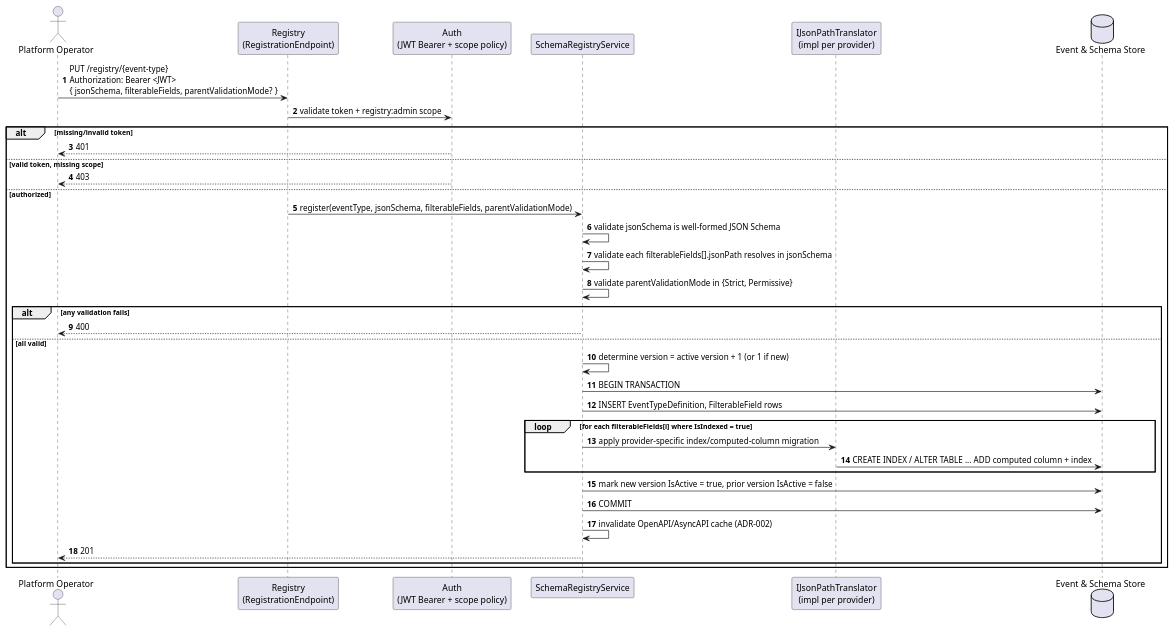
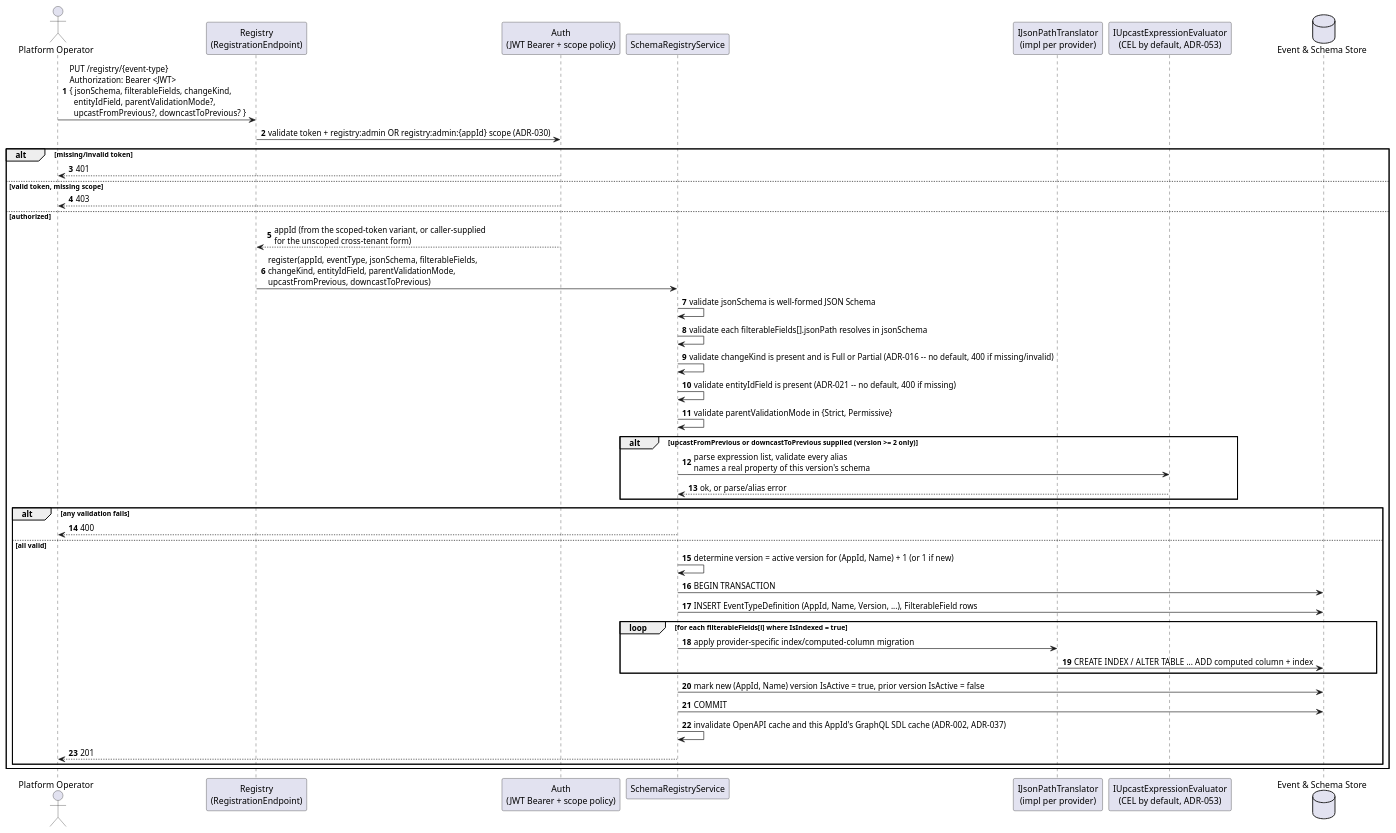
The first of 2 diagrams in docs/features/schema-registry.md (Mwwhited-BookLearning/EventSourcing), drawn with PlantUML before and after one commit. The commit also changed other lines of this file and 37 other files, not shown here.

````diff
--- a/docs/features/schema-registry.md
+++ b/docs/features/schema-registry.md
@@ -22,39 +37,47 @@
 ```plantuml
 @startuml SchemaRegistry_Sequence
 autonumber
 actor "Platform Operator" as operator
 participant "Registry\n(RegistrationEndpoint)" as endpoint
 participant "Auth\n(JWT Bearer + scope policy)" as auth
 participant "SchemaRegistryService" as registry
 participant "IJsonPathTranslator\n(impl per provider)" as jsonPath
+participant "IUpcastExpressionEvaluator\n(CEL by default, ADR-053)" as evaluator
 database "Event & Schema Store" as db
 
-operator -> endpoint: PUT /registry/{event-type}\nAuthorization: Bearer <JWT>\n{ jsonSchema, filterableFields, parentValidationMode? }
-endpoint -> auth: validate token + registry:admin scope
+operator -> endpoint: PUT /registry/{event-type}\nAuthorization: Bearer <JWT>\n{ jsonSchema, filterableFields, changeKind,\n  entityIdField, parentValidationMode?,\n  upcastFromPrevious?, downcastToPrevious? }
+endpoint -> auth: validate token + registry:admin OR registry:admin:{appId} scope (ADR-030)
 alt missing/invalid token
   auth --> operator: 401
 else valid token, missing scope
   auth --> operator: 403
 else authorized
-  endpoint -> registry: register(eventType, jsonSchema, filterableFields, parentValidationMode)
+  auth --> endpoint: appId (from the scoped-token variant, or caller-supplied\nfor the unscoped cross-tenant form)
+  endpoint -> registry: register(appId, eventType, jsonSchema, filterableFields,\nchangeKind, entityIdField, parentValidationMode,\nupcastFromPrevious, downcastToPrevious)
   registry -> registry: validate jsonSchema is well-formed JSON Schema
   registry -> registry: validate each filterableFields[].jsonPath resolves in jsonSchema
+  registry -> registry: validate changeKind is present and is Full or Partial (ADR-016 -- no default, 400 if missing/invalid)
+  registry -> registry: validate entityIdField is present (ADR-021 -- no default, 400 if missing)
   registry -> registry: validate parentValidationMode in {Strict, Permissive}
+  alt upcastFromPrevious or downcastToPrevious supplied (version >= 2 only)
+    registry -> evaluator: parse expression list, validate every alias\nnames a real property of this version's schema
+    evaluator --> registry: ok, or parse/alias error
+  end
   alt any validation fails
     registry --> operator: 400
   else all valid
-    registry -> registry: determine version = active version + 1 (or 1 if new)
+    registry -> registry: determine version = active version for (AppId, Name) + 1 (or 1 if new)
     registry -> db: BEGIN TRANSACTION
-    registry -> db: INSERT EventTypeDefinition, FilterableField rows
+    registry -> db: INSERT EventTypeDefinition (AppId, Name, Version, ...), FilterableField rows
     loop for each filterableFields[i] where IsIndexed = true
       registry -> jsonPath: apply provider-specific index/computed-column migration
       jsonPath -> db: CREATE INDEX / ALTER TABLE ... ADD computed column + index
     end
-    registry -> db: mark new version IsActive = true, prior version IsActive = false
+    registry -> db: mark new (AppId, Name) version IsActive = true, prior version IsActive = false
     registry -> db: COMMIT
-    registry -> registry: invalidate OpenAPI/AsyncAPI cache (ADR-002)
+    registry -> registry: invalidate OpenAPI cache and this AppId's GraphQL SDL cache (ADR-002, ADR-037)
     registry --> operator: 201
   end
 end
 @enduml
 ```
````
